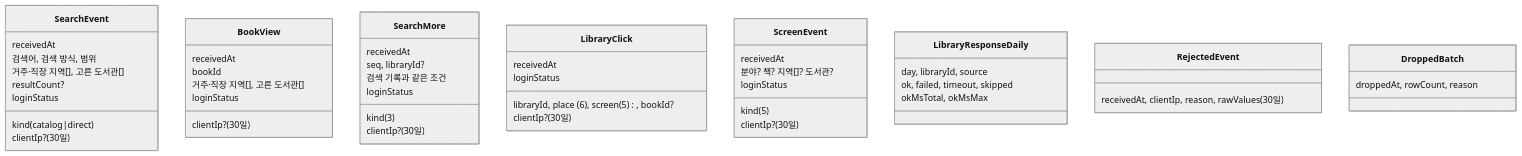
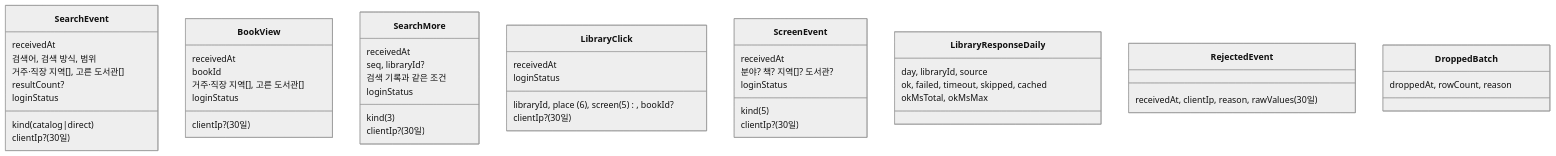
One commit to hodu-sketch/chaekcheck-plan changed diagram 15 of 23 in docs/current/module-map.md. Above: the diagram before and after it, drawn with Mermaid (neutral theme). The commit also changed other lines of this file and 11 other files, not shown here.

````diff
--- a/docs/current/module-map.md
+++ b/docs/current/module-map.md
@@ -870,51 +873,51 @@
 ```mermaid
 classDiagram
   class SearchEvent {
     receivedAt
     kind (catalog|direct)
     검색어, 검색 방식, 범위
     거주·직장 지역[], 고른 도서관[]
     resultCount?
     loginStatus
     clientIp? (30일)
   }
   class BookView {
     receivedAt
     bookId
     거주·직장 지역[], 고른 도서관[]
     loginStatus
     clientIp? (30일)
   }
   class SearchMore {
     receivedAt
     kind (3)
     seq, libraryId?
     검색 기록과 같은 조건
     loginStatus
     clientIp? (30일)
   }
   class LibraryClick {
     receivedAt
     libraryId, place (6), screen (5), bookId?
     loginStatus
     clientIp? (30일)
   }
   class ScreenEvent {
     receivedAt
     kind (5)
     분야? 책? 지역[]? 도서관?
     loginStatus
     clientIp? (30일)
   }
   class LibraryResponseDaily {
     day, libraryId, source
-    ok, failed, timeout, skipped
+    ok, failed, timeout, skipped, cached
     okMsTotal, okMsMax
   }
   class RejectedEvent {
     receivedAt, clientIp, reason, rawValues (30일)
   }
   class DroppedBatch {
     droppedAt, rowCount, reason
   }
 ```
````
